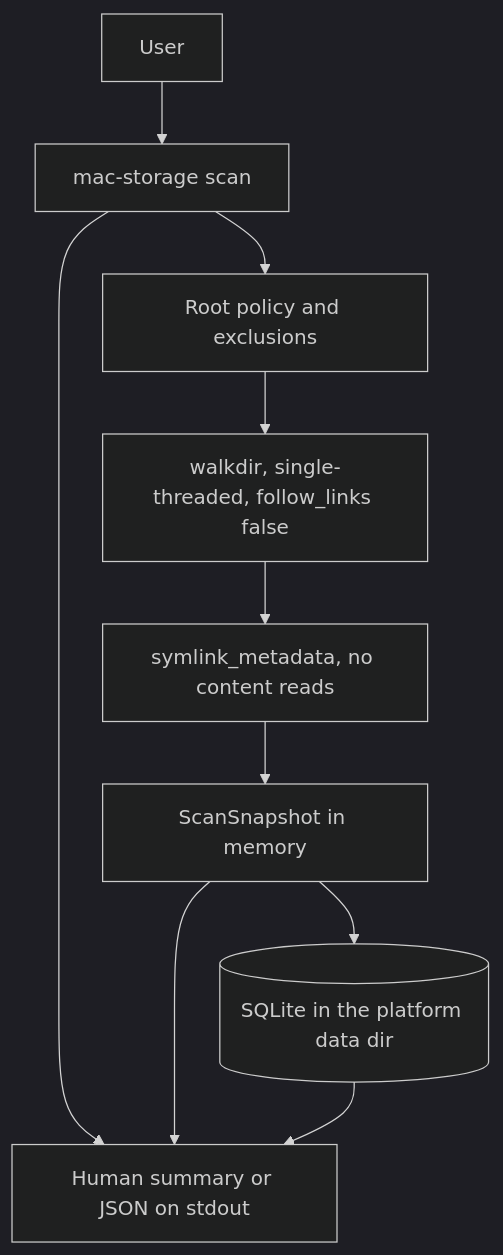
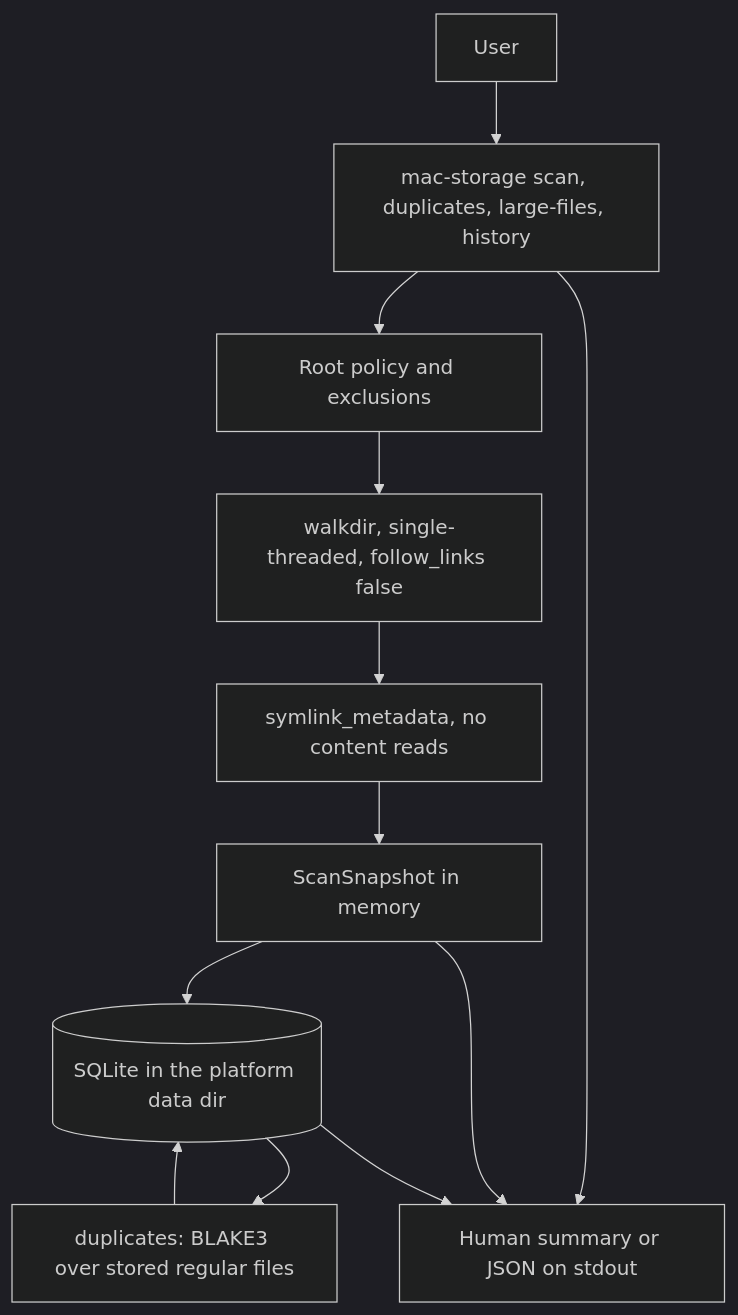
Before and after one commit to ramelapa/mac-storage-advisor: the diagram in docs/architecture.md, drawn with Mermaid (dark theme). The commit also changed other lines of this file and 21 other files, not shown here.

First line of the commit message:
Add local duplicate grouping, large-file listing, and scan history.

````diff
--- a/docs/architecture.md
+++ b/docs/architecture.md
@@ -7,12 +7,14 @@
 ```mermaid
 flowchart TD
-    user[User] --> cli["mac-storage scan"]
+    user[User] --> cli["mac-storage scan, duplicates, large-files, history"]
     cli --> policy[Root policy and exclusions]
     policy --> walk["walkdir, single-threaded, follow_links false"]
     walk --> meta["symlink_metadata, no content reads"]
     meta --> snap[ScanSnapshot in memory]
     snap --> sqlite[(SQLite in the platform data dir)]
+    sqlite --> dup["duplicates: BLAKE3 over stored regular files"]
+    dup --> sqlite
     cli --> report[Human summary or JSON on stdout]
     snap --> report
     sqlite --> report
 ```
````
